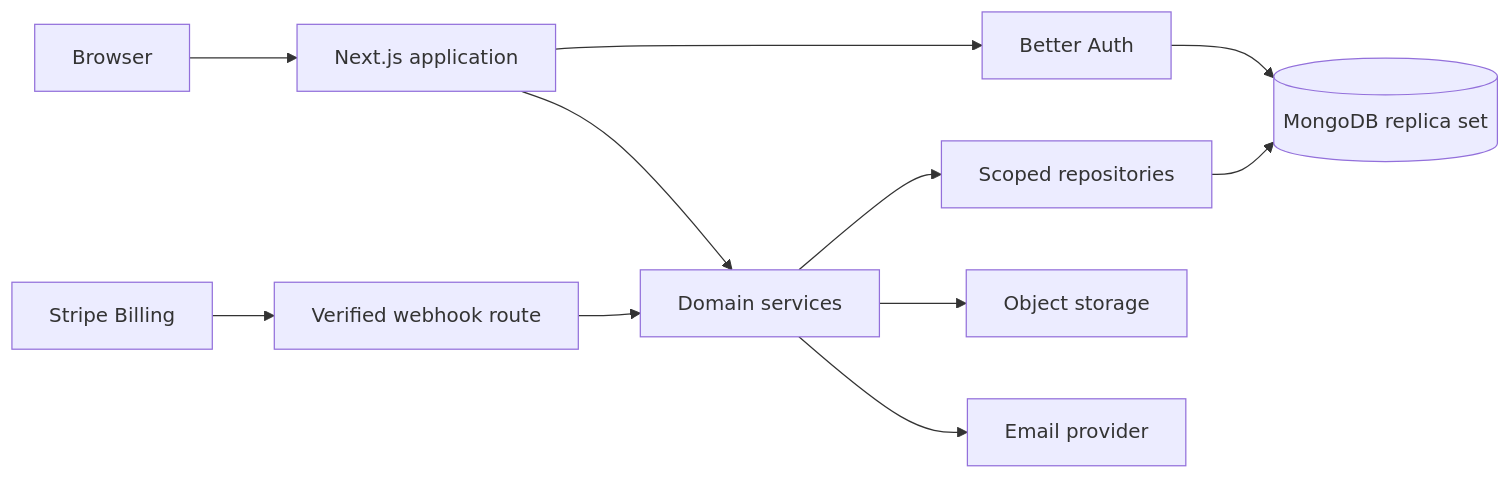
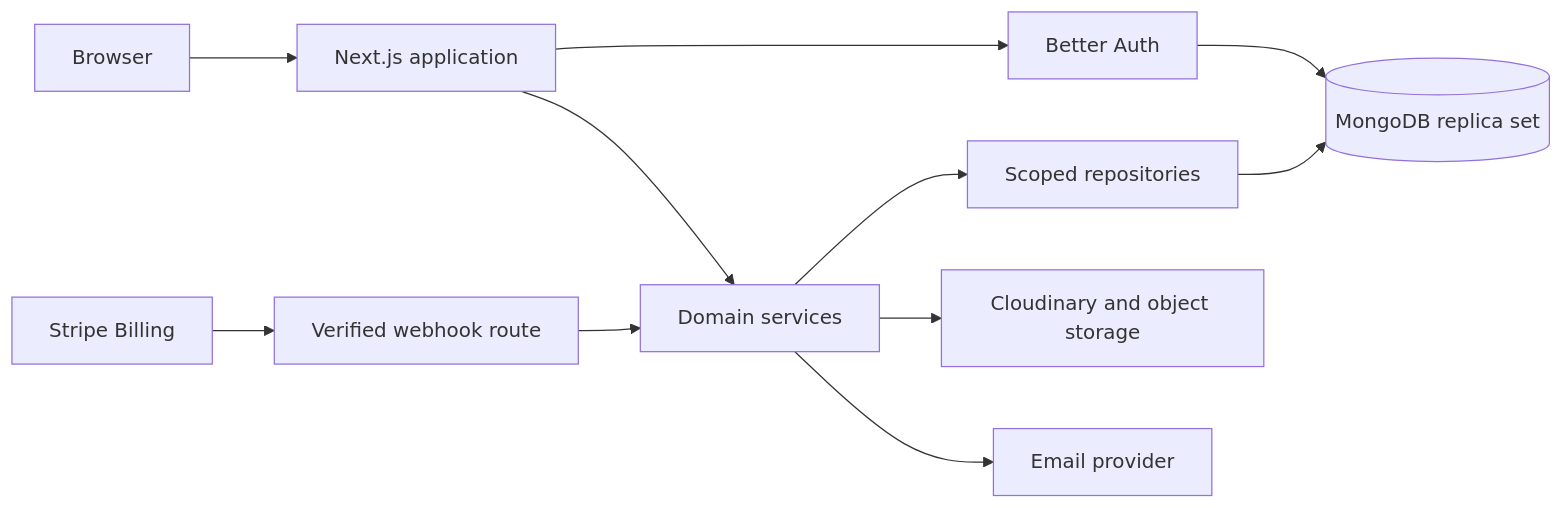
One commit to ArshadNawazBaig/qenvaro changed the diagram in docs/architecture.md. Above: the diagram before and after it, drawn with Mermaid. The commit also changed other lines of this file and 27 other files, not shown here.

````diff
--- a/docs/architecture.md
+++ b/docs/architecture.md
@@ -7,13 +7,13 @@
 ```mermaid
 flowchart LR
   Browser[Browser] --> App[Next.js application]
   App --> Auth[Better Auth]
   App --> Services[Domain services]
   Auth --> Mongo[(MongoDB replica set)]
   Services --> Repos[Scoped repositories]
   Repos --> Mongo
-  Services --> Storage[Object storage]
+  Services --> Storage[Cloudinary and object storage]
   Services --> Email[Email provider]
   Stripe[Stripe Billing] --> Webhook[Verified webhook route]
   Webhook --> Services
 ```
````
